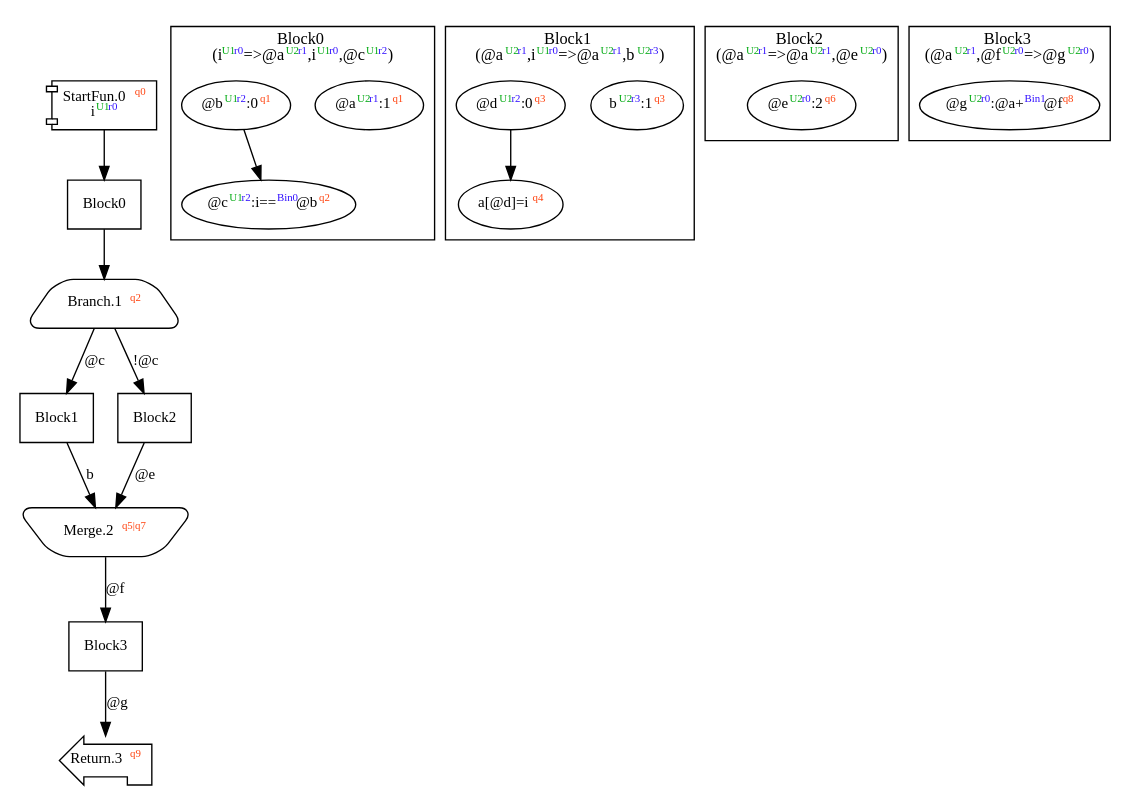
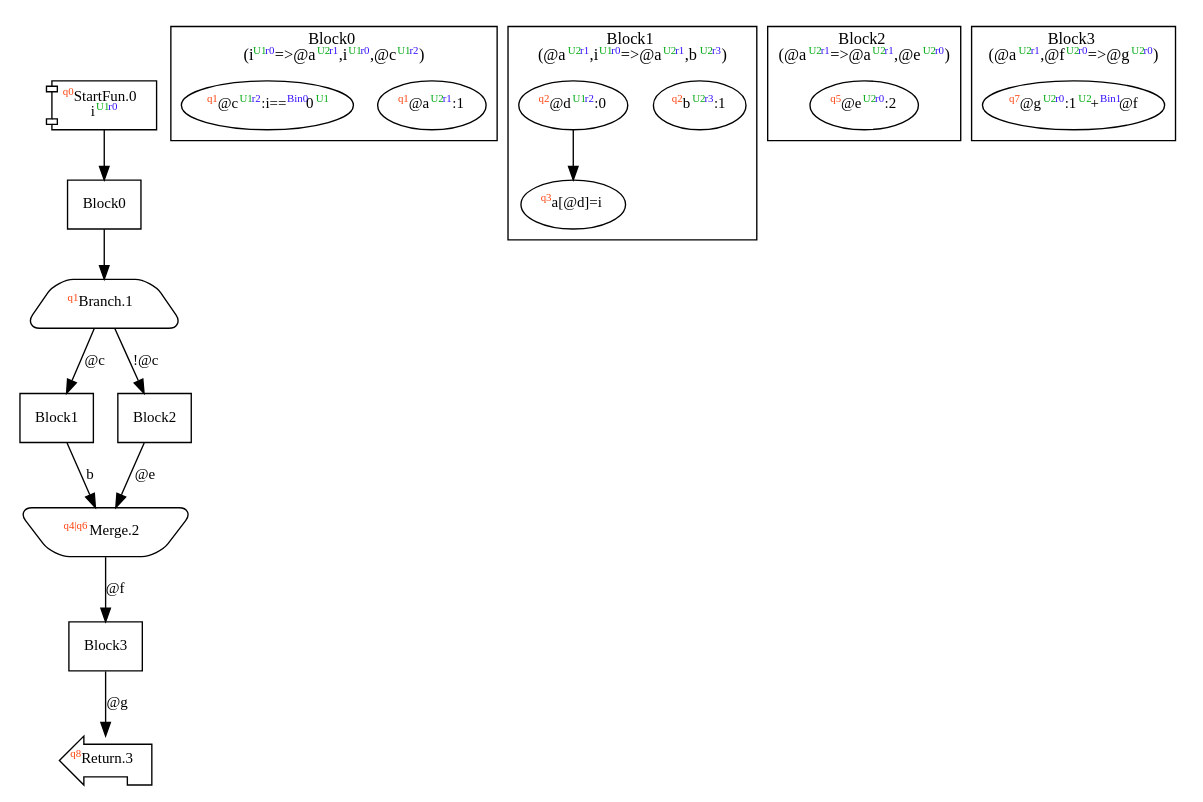
The diagram in dist/complexIf.dot (akouryy/SyntheScala), drawn with Graphviz before and after one commit. The commit also changed 34 other files, not shown here.

```diff
--- a/dist/complexIf.dot
+++ b/dist/complexIf.dot
@@ -1,50 +1,48 @@
 digraph Program_ {
   graph [fontname = "Monaco", fontsize = 12, ranksep = 0.5];
   node [shape = box, fontname = "Monaco", fontsize = 11; colorscheme = pastel19];
   edge [fontname = "Monaco", fontsize = 11; colorscheme = pastel19];
-  Jump0[label = <StartFun.0<font color="#ff4411" point-size="8"><sup>q0</sup></font><br/>i<font color="#00aa11" point-size="8"><sup>U1</sup></font><font color="#3311ff" point-size="8"><sup>r0</sup></font>>; shape = component];
+  Jump0[label = <<font color="#ff4411" point-size="8"><sup>q0</sup></font>StartFun.0<br/>i<font color="#00aa11" point-size="8"><sup>U1</sup></font><font color="#3311ff" point-size="8"><sup>r0</sup></font>>; shape = component];
   Jump0 -> Block0;
   Jump1[
-    label = <Branch.1<font color="#ff4411" point-size="8"><sup>q2</sup></font>>;
+    label = <<font color="#ff4411" point-size="8"><sup>q1</sup></font>Branch.1>;
     shape = trapezium; style = rounded;
   ];
   Block0 -> Jump1;
   Jump1 -> Block1 [label="@c"];
   Jump1 -> Block2 [label="!@c"];
-  Jump2[label = <Merge.2<font color="#ff4411" point-size="8"><sup>q5|q7</sup></font>>; shape = invtrapezium; style = rounded];
+  Jump2[label = <<font color="#ff4411" point-size="8"><sup>q4|q6</sup></font>Merge.2>; shape = invtrapezium; style = rounded];
   Block1 -> Jump2 [label="b"];
   Block2 -> Jump2 [label="@e"];
   Jump2 -> Block3 [label="@f"];
-  Jump3[label = <Return.3<font color="#ff4411" point-size="8"><sup>q9</sup></font>>; shape = lpromoter];
+  Jump3[label = <<font color="#ff4411" point-size="8"><sup>q8</sup></font>Return.3>; shape = lpromoter];
   Block3 -> Jump3 [label="@g"];
   Block0 [label = "Block0"];
   Block1 [label = "Block1"];
   Block2 [label = "Block2"];
   Block3 [label = "Block3"];
   subgraph cluster_dfg_Block0 {
     node [shape = oval];
     label = <Block0<br/>(i<font color="#00aa11" point-size="8"><sup>U1</sup></font><font color="#3311ff" point-size="8"><sup>r0</sup></font>=&gt;@a<font color="#00aa11" point-size="8"><sup>U2</sup></font><font color="#3311ff" point-size="8"><sup>r1</sup></font>,i<font color="#00aa11" point-size="8"><sup>U1</sup></font><font color="#3311ff" point-size="8"><sup>r0</sup></font>,@c<font color="#00aa11" point-size="8"><sup>U1</sup></font><font color="#3311ff" point-size="8"><sup>r2</sup></font>)>;
-    0 [label=<@a<font color="#00aa11" point-size="8"><sup>U2</sup></font><font color="#3311ff" point-size="8"><sup>r1</sup></font>:1<font color="#ff4411" point-size="8"><sup>q1</sup></font>>];
-    1 [label=<@b<font color="#00aa11" point-size="8"><sup>U1</sup></font><font color="#3311ff" point-size="8"><sup>r2</sup></font>:0<font color="#ff4411" point-size="8"><sup>q1</sup></font>>];
-    2 [label=<@c<font color="#00aa11" point-size="8"><sup>U1</sup></font><font color="#3311ff" point-size="8"><sup>r2</sup></font>:i==<font color="#3311ff" point-size="8"><sup>Bin0</sup></font>@b<font color="#ff4411" point-size="8"><sup>q2</sup></font>>];
-    1 -> 2;
+    0 [label=<<font color="#ff4411" point-size="8"><sup>q1</sup></font>@a<font color="#00aa11" point-size="8"><sup>U2</sup></font><font color="#3311ff" point-size="8"><sup>r1</sup></font>:1>];
+    2 [label=<<font color="#ff4411" point-size="8"><sup>q1</sup></font>@c<font color="#00aa11" point-size="8"><sup>U1</sup></font><font color="#3311ff" point-size="8"><sup>r2</sup></font>:i==<font color="#3311ff" point-size="8"><sup>Bin0</sup></font>0<font color="#00aa11" point-size="8"><sup>U1</sup></font>>];
   }
   subgraph cluster_dfg_Block1 {
     node [shape = oval];
     label = <Block1<br/>(@a<font color="#00aa11" point-size="8"><sup>U2</sup></font><font color="#3311ff" point-size="8"><sup>r1</sup></font>,i<font color="#00aa11" point-size="8"><sup>U1</sup></font><font color="#3311ff" point-size="8"><sup>r0</sup></font>=&gt;@a<font color="#00aa11" point-size="8"><sup>U2</sup></font><font color="#3311ff" point-size="8"><sup>r1</sup></font>,b<font color="#00aa11" point-size="8"><sup>U2</sup></font><font color="#3311ff" point-size="8"><sup>r3</sup></font>)>;
-    3 [label=<b<font color="#00aa11" point-size="8"><sup>U2</sup></font><font color="#3311ff" point-size="8"><sup>r3</sup></font>:1<font color="#ff4411" point-size="8"><sup>q3</sup></font>>];
-    4 [label=<@d<font color="#00aa11" point-size="8"><sup>U1</sup></font><font color="#3311ff" point-size="8"><sup>r2</sup></font>:0<font color="#ff4411" point-size="8"><sup>q3</sup></font>>];
-    5 [label=<a[@d]=i<font color="#ff4411" point-size="8"><sup>q4</sup></font>>];
+    3 [label=<<font color="#ff4411" point-size="8"><sup>q2</sup></font>b<font color="#00aa11" point-size="8"><sup>U2</sup></font><font color="#3311ff" point-size="8"><sup>r3</sup></font>:1>];
+    4 [label=<<font color="#ff4411" point-size="8"><sup>q2</sup></font>@d<font color="#00aa11" point-size="8"><sup>U1</sup></font><font color="#3311ff" point-size="8"><sup>r2</sup></font>:0>];
+    5 [label=<<font color="#ff4411" point-size="8"><sup>q3</sup></font>a[@d]=i>];
     4 -> 5;
   }
   subgraph cluster_dfg_Block2 {
     node [shape = oval];
     label = <Block2<br/>(@a<font color="#00aa11" point-size="8"><sup>U2</sup></font><font color="#3311ff" point-size="8"><sup>r1</sup></font>=&gt;@a<font color="#00aa11" point-size="8"><sup>U2</sup></font><font color="#3311ff" point-size="8"><sup>r1</sup></font>,@e<font color="#00aa11" point-size="8"><sup>U2</sup></font><font color="#3311ff" point-size="8"><sup>r0</sup></font>)>;
-    6 [label=<@e<font color="#00aa11" point-size="8"><sup>U2</sup></font><font color="#3311ff" point-size="8"><sup>r0</sup></font>:2<font color="#ff4411" point-size="8"><sup>q6</sup></font>>];
+    6 [label=<<font color="#ff4411" point-size="8"><sup>q5</sup></font>@e<font color="#00aa11" point-size="8"><sup>U2</sup></font><font color="#3311ff" point-size="8"><sup>r0</sup></font>:2>];
   }
   subgraph cluster_dfg_Block3 {
     node [shape = oval];
     label = <Block3<br/>(@a<font color="#00aa11" point-size="8"><sup>U2</sup></font><font color="#3311ff" point-size="8"><sup>r1</sup></font>,@f<font color="#00aa11" point-size="8"><sup>U2</sup></font><font color="#3311ff" point-size="8"><sup>r0</sup></font>=&gt;@g<font color="#00aa11" point-size="8"><sup>U2</sup></font><font color="#3311ff" point-size="8"><sup>r0</sup></font>)>;
-    7 [label=<@g<font color="#00aa11" point-size="8"><sup>U2</sup></font><font color="#3311ff" point-size="8"><sup>r0</sup></font>:@a+<font color="#3311ff" point-size="8"><sup>Bin1</sup></font>@f<font color="#ff4411" point-size="8"><sup>q8</sup></font>>];
+    7 [label=<<font color="#ff4411" point-size="8"><sup>q7</sup></font>@g<font color="#00aa11" point-size="8"><sup>U2</sup></font><font color="#3311ff" point-size="8"><sup>r0</sup></font>:1<font color="#00aa11" point-size="8"><sup>U2</sup></font>+<font color="#3311ff" point-size="8"><sup>Bin1</sup></font>@f>];
   }
 }
```
